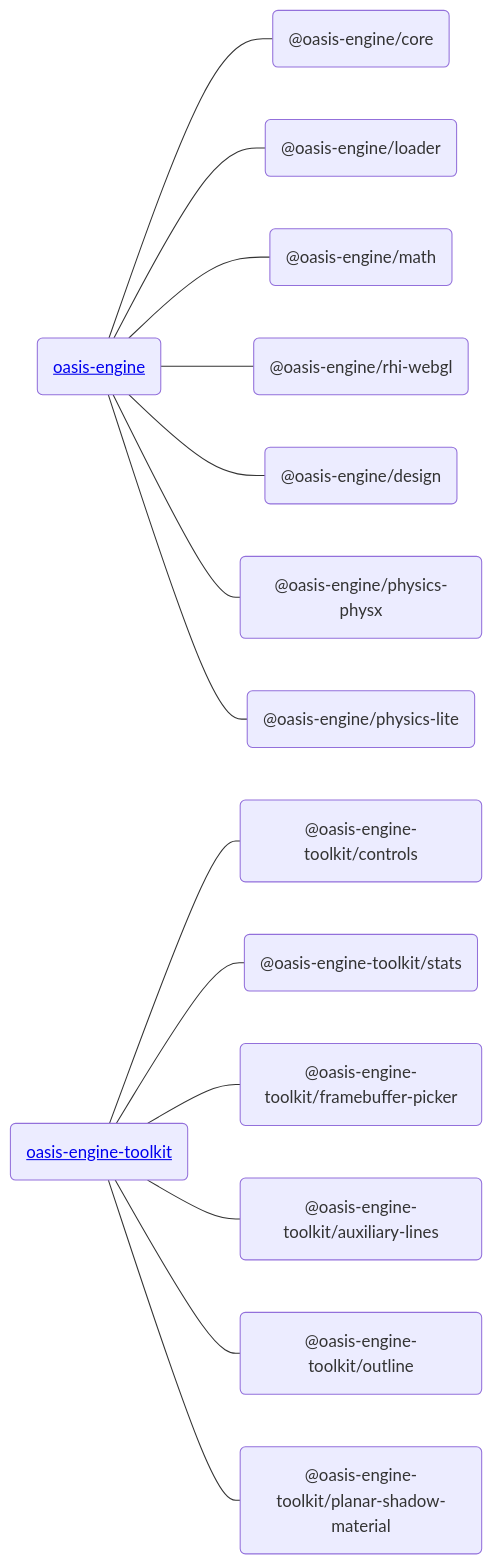
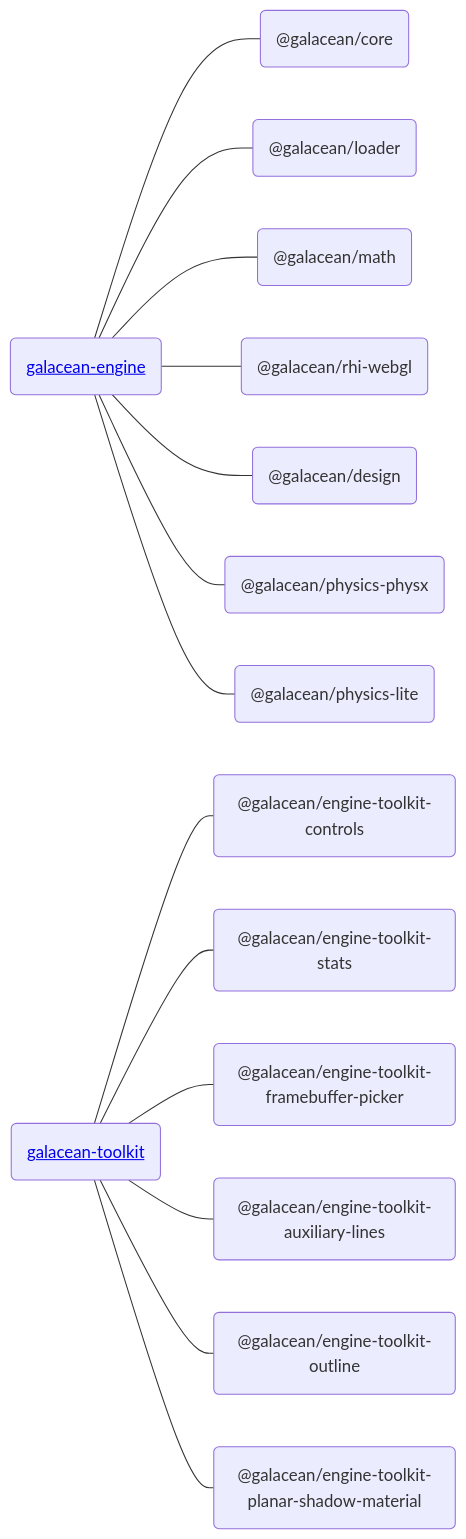
Before and after one commit to galacean/galacean.github.io: the diagram in docs/install.md, drawn with Mermaid. The commit also changed other lines of this file and 82 other files, not shown here.

````diff
--- a/docs/install.md
+++ b/docs/install.md
@@ -58,17 +59,17 @@
 ```mermaid
 flowchart LR
-   Engine(<a href='https://github.com/ant-galaxy/oasis-engine'>oasis-engine</a>) --- Core("@oasis-engine/core")
-   Engine --- Loader("@oasis-engine/loader")
-   Engine --- Math("@oasis-engine/math")
-   Engine --- RHI("@oasis-engine/rhi-webgl")
-   Engine --- Design("@oasis-engine/design")
-   Engine --- PhysicsPhysx("@oasis-engine/physics-physx")
-   Engine --- PhysicsLite("@oasis-engine/physics-lite")
+   Engine(<a href='https://github.com/galacean/engine'>galacean-engine</a>) --- Core("@galacean/core")
+   Engine --- Loader("@galacean/loader")
+   Engine --- Math("@galacean/math")
+   Engine --- RHI("@galacean/rhi-webgl")
+   Engine --- Design("@galacean/design")
+   Engine --- PhysicsPhysx("@galacean/physics-physx")
+   Engine --- PhysicsLite("@galacean/physics-lite")
 
-   Toolkit(<a href='https://github.com/ant-galaxy/oasis-engine-toolkit'>oasis-engine-toolkit</a>) --- Controls("@oasis-engine-toolkit/controls")
-   Toolkit --- Stats("@oasis-engine-toolkit/stats")
-   Toolkit --- FramebufferPicker("@oasis-engine-toolkit/framebuffer-picker")
-   Toolkit --- AuxiliaryLines("@oasis-engine-toolkit/auxiliary-lines")
-   Toolkit --- Outline("@oasis-engine-toolkit/outline")
-   Toolkit --- PlanarShadowMaterial("@oasis-engine-toolkit/planar-shadow-material")
+   Toolkit(<a href='https://github.com/galacean/engine-toolkit'>galacean-toolkit</a>) --- Controls("@galacean/engine-toolkit-controls")
+   Toolkit --- Stats("@galacean/engine-toolkit-stats")
+   Toolkit --- FramebufferPicker("@galacean/engine-toolkit-framebuffer-picker")
+   Toolkit --- AuxiliaryLines("@galacean/engine-toolkit-auxiliary-lines")
+   Toolkit --- Outline("@galacean/engine-toolkit-outline")
+   Toolkit --- PlanarShadowMaterial("@galacean/engine-toolkit-planar-shadow-material")
 ```
````
